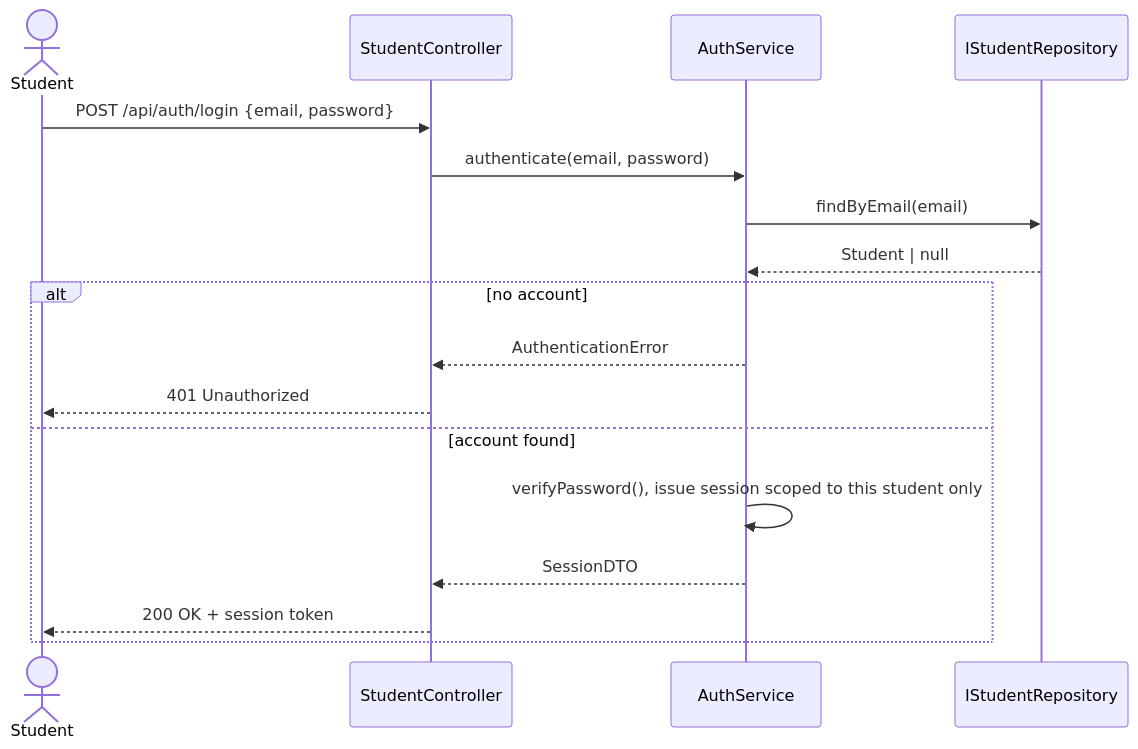
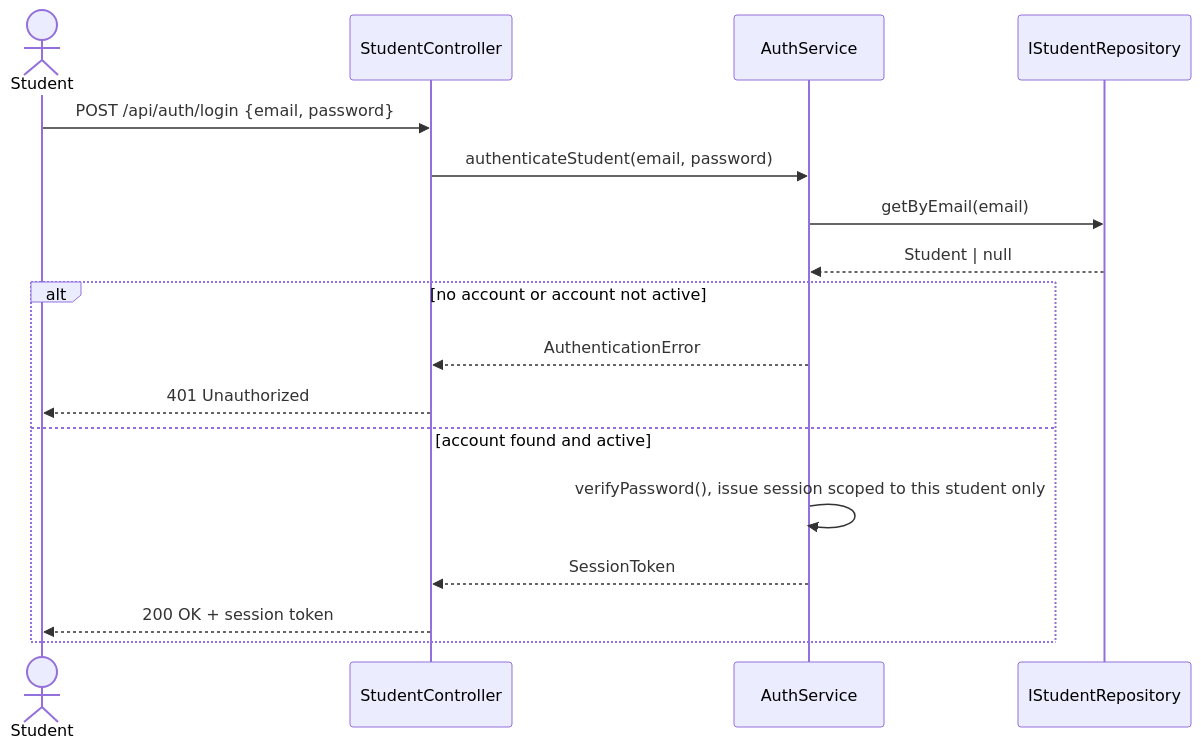
The second of 15 diagrams in docs/03-design/Sequence_Diagram.md (huypengin/UniDipVeri), drawn with Mermaid before and after one commit. The commit also changed other lines of this file and 15 other files, not shown here.

First line of the commit message:
feat(auth): add JWT session validation, role-based authorization, and login endpoints

````diff
--- a/docs/03-design/Sequence_Diagram.md
+++ b/docs/03-design/Sequence_Diagram.md
@@ -58,21 +58,21 @@
 ```mermaid
 sequenceDiagram
     actor Student
     participant SC as StudentController
     participant Auth as AuthService
     participant Repo as IStudentRepository
 
     Student->>SC: POST /api/auth/login {email, password}
-    SC->>Auth: authenticate(email, password)
-    Auth->>Repo: findByEmail(email)
+    SC->>Auth: authenticateStudent(email, password)
+    Auth->>Repo: getByEmail(email)
     Repo-->>Auth: Student | null
 
-    alt no account
+    alt no account or account not active
         Auth-->>SC: AuthenticationError
         SC-->>Student: 401 Unauthorized
-    else account found
+    else account found and active
         Auth->>Auth: verifyPassword(), issue session scoped to this student only
-        Auth-->>SC: SessionDTO
+        Auth-->>SC: SessionToken
         SC-->>Student: 200 OK + session token
     end
 ```
````
